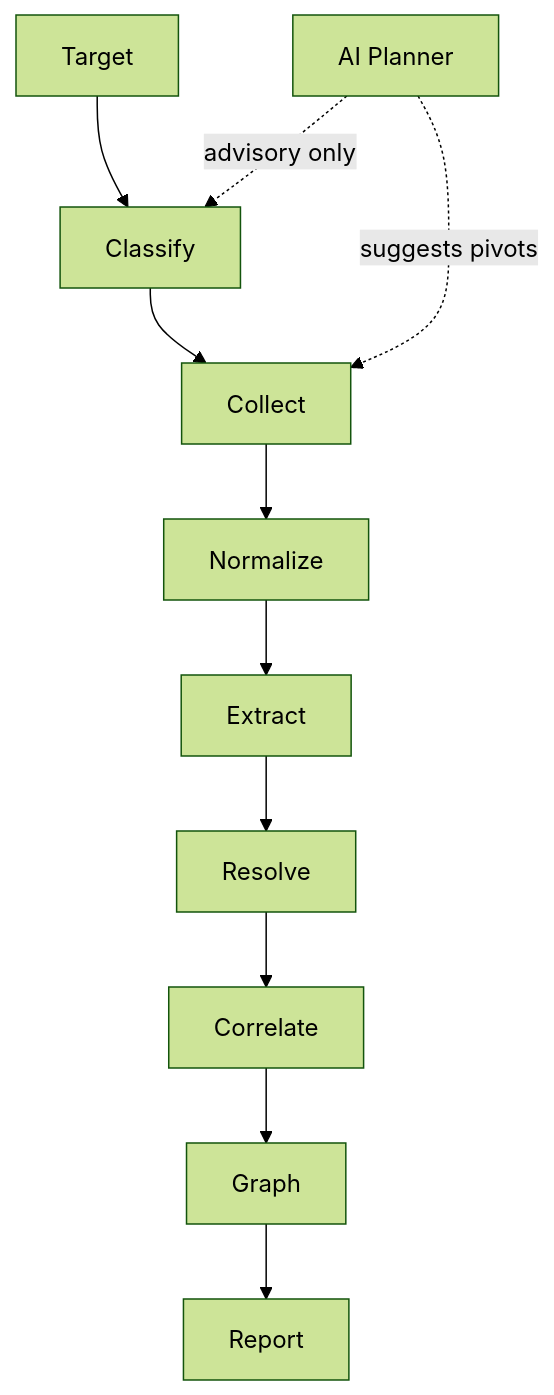
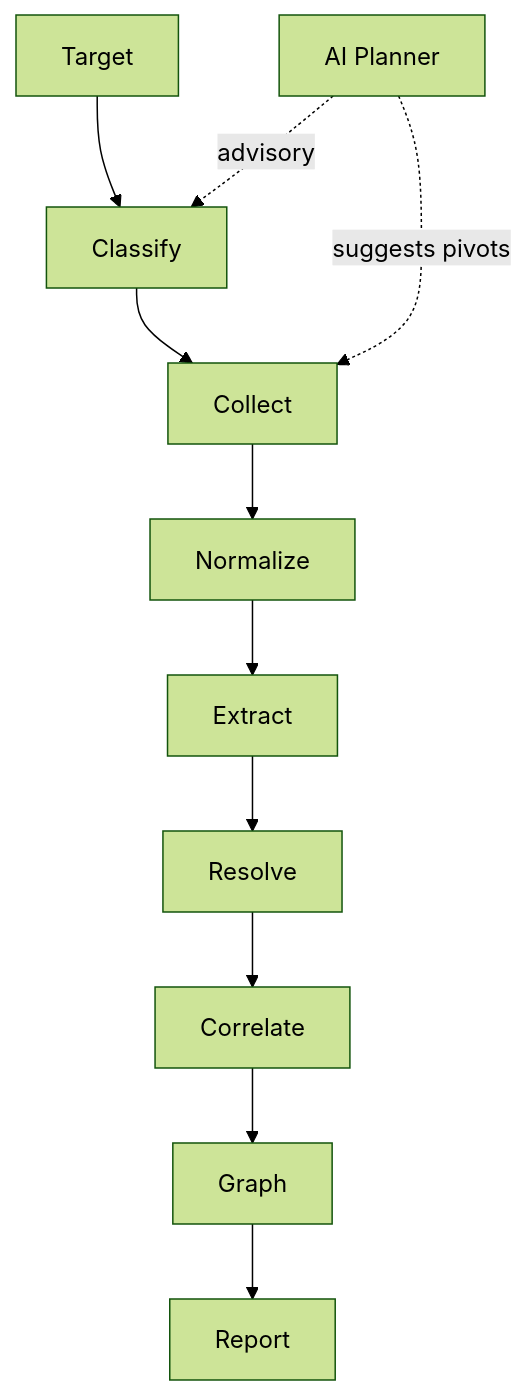
Before and after one commit to KhanFaiz5426/OSINT-Nexus: the first of 2 diagrams in README.md, drawn with Mermaid (forest theme). The commit also changed other lines of this file, not shown here.

Commit message:
docs: update Mermaid diagram labels and syntax in README.md

````diff
--- a/README.md
+++ b/README.md
@@ -20,6 +20,6 @@
 ```mermaid
 flowchart TB
     A[Target] --> B[Classify] --> C[Collect] --> D[Normalize] --> E[Extract] --> F[Resolve] --> G[Correlate] --> H[Graph] --> I[Report]
     J[AI Planner] -.->|suggests pivots| C
-    J -.->|advisory only| B
+    J -.->|advisory| B
 ```
````
